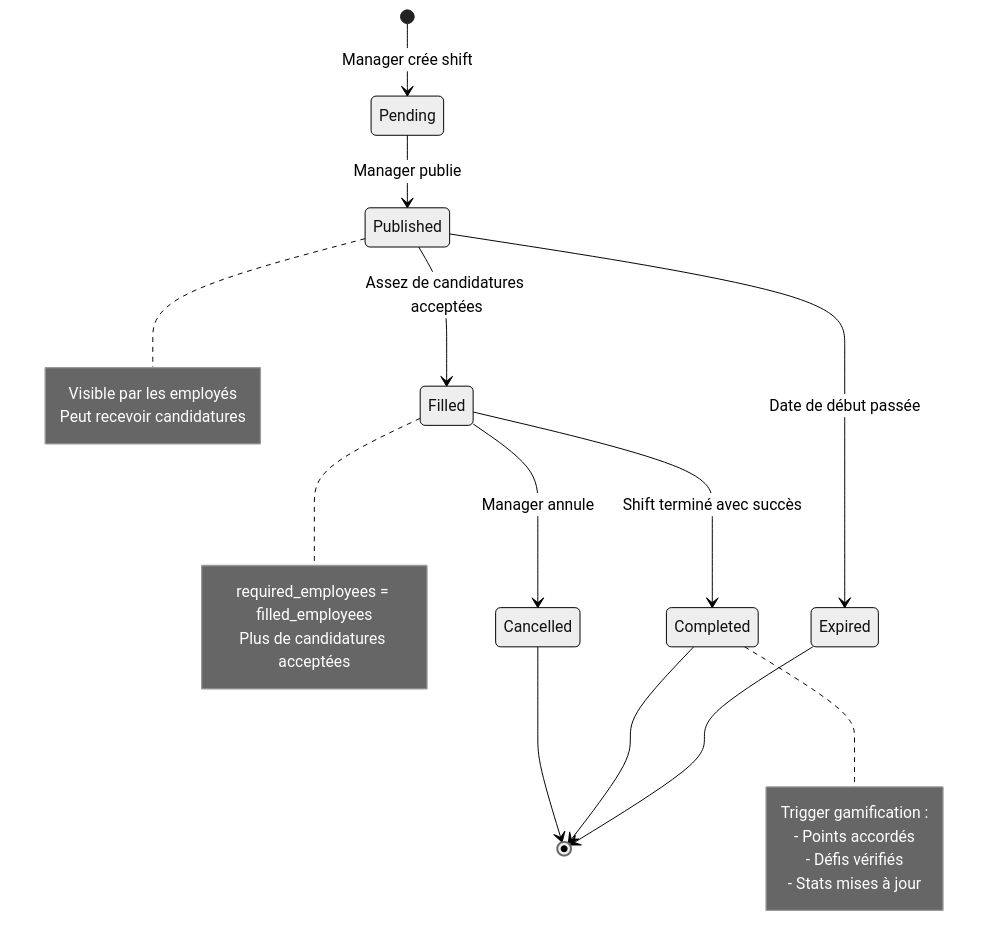
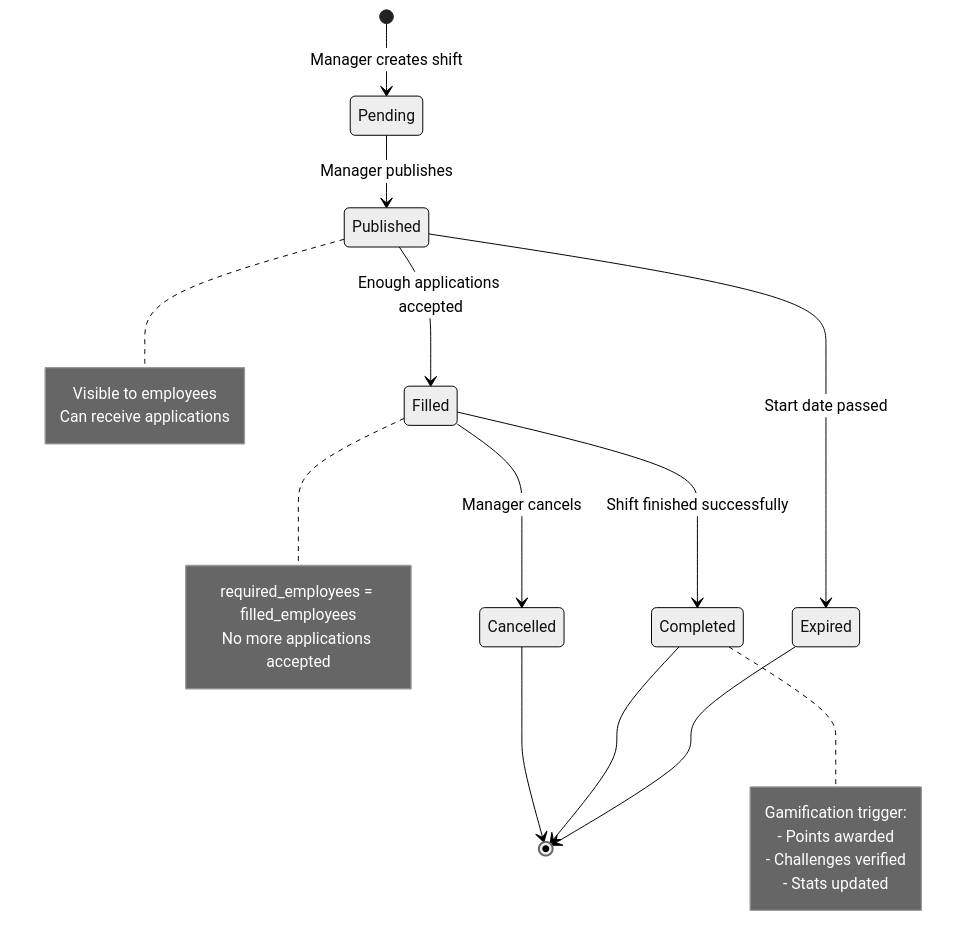
The first of 8 diagrams in USER_FLOWS.md (shiftexpress01/public), drawn with Mermaid (neutral theme) before and after one commit. The commit also changed other lines of this file, not shown here.

````diff
--- a/USER_FLOWS.md
+++ b/USER_FLOWS.md
@@ -5,32 +5,32 @@
 ```mermaid
 stateDiagram-v2
-    [*] --> Pending: Manager crée shift
+    [*] --> Pending: Manager creates shift
 
-    Pending --> Published: Manager publie
-    Published --> Filled: Assez de candidatures acceptées
-    Published --> Expired: Date de début passée
+    Pending --> Published: Manager publishes
+    Published --> Filled: Enough applications accepted
+    Published --> Expired: Start date passed
 
-    Filled --> Completed: Shift terminé avec succès
-    Filled --> Cancelled: Manager annule
+    Filled --> Completed: Shift finished successfully
+    Filled --> Cancelled: Manager cancels
 
     Expired --> [*]
     Completed --> [*]
     Cancelled --> [*]
 
     note right of Published
-        Visible par les employés
-        Peut recevoir candidatures
+        Visible to employees
+        Can receive applications
     end note
 
     note right of Filled
         required_employees = filled_employees
-        Plus de candidatures acceptées
+        No more applications accepted
     end note
 
     note right of Completed
-        Trigger gamification :
-        - Points accordés
-        - Défis vérifiés
-        - Stats mises à jour
+        Gamification trigger:
+        - Points awarded
+        - Challenges verified
+        - Stats updated
     end note
 ```
````
